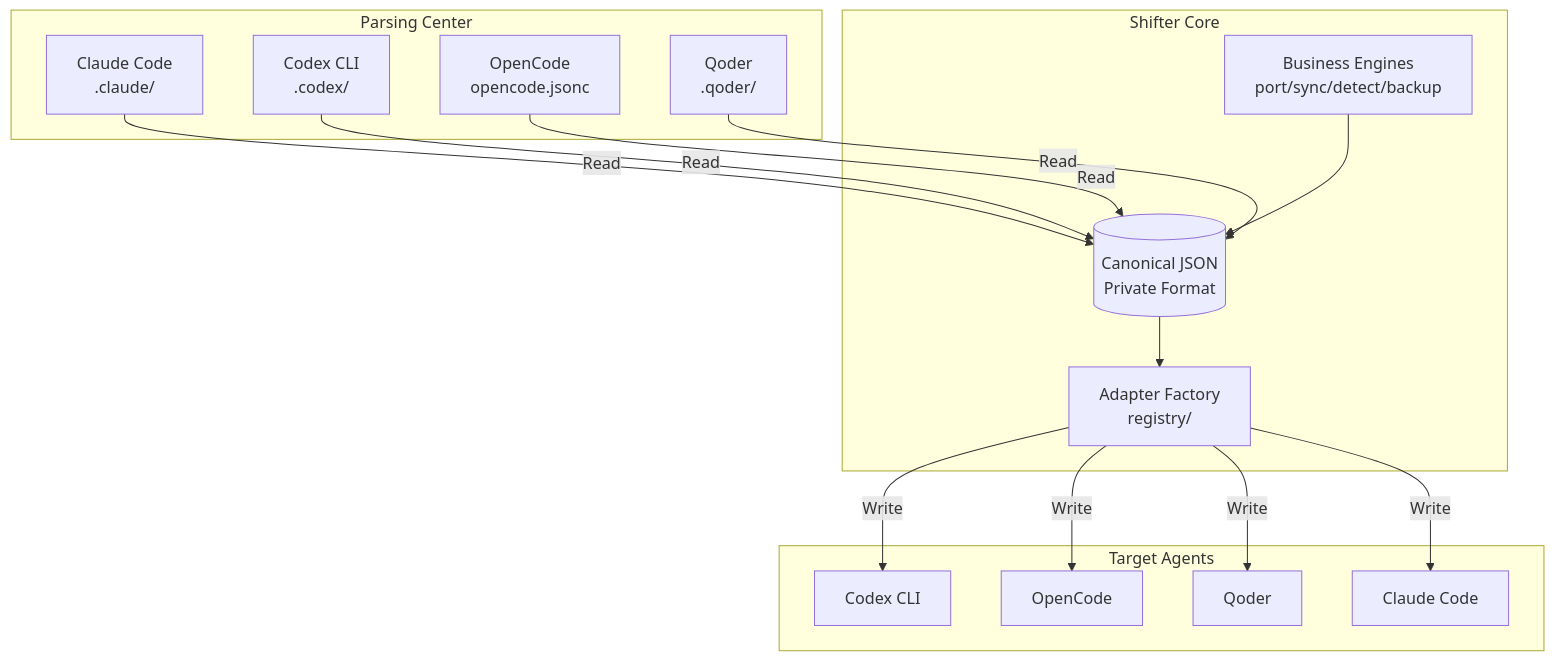
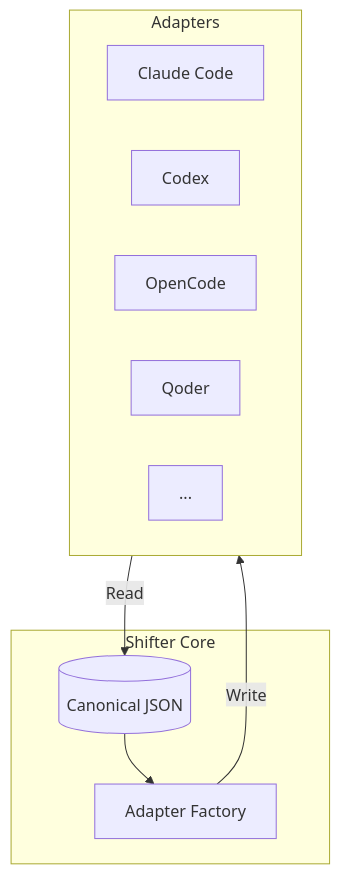
One commit to Moximxxx/shifter changed the second of 2 diagrams in README.md. Above: the diagram before and after it, drawn with Mermaid. The commit also changed other lines of this file and 1 other file, not shown here.

Commit message:
docs: simplify Mermaid diagrams — minimal and clean
- What It Does: Source Agent → Canonical JSON → Target Agent
- Architecture: Adapters ⇄ Canonical JSON (bidirectional)
- Removed excessive nodes, kept only the core concept

````diff
--- a/README.md
+++ b/README.md
@@ -102,33 +96,17 @@
 ```mermaid
 flowchart TB
-    subgraph Parsing[Parsing Center]
-        CC[Claude Code<br>.claude/]
-        CX[Codex CLI<br>.codex/]
-        OC[OpenCode<br>opencode.jsonc]
-        QD[Qoder<br>.qoder/]
+    subgraph Adapters[Adapters]
+        A1[Claude Code]
+        A2[Codex]
+        A3[OpenCode]
+        A4[Qoder]
+        A5[...]
     end
-
     subgraph Core[Shifter Core]
-        CAN[(Canonical JSON<br>Private Format)]
-        REG[Adapter Factory<br>registry/]
-        ENG[Business Engines<br>port/sync/detect/backup]
+        Fmt[(Canonical JSON)]
+        Reg[Adapter Factory]
     end
-
-    subgraph Target[Target Agents]
-        TCX[Codex CLI]
-        TOC[OpenCode]
-        TQD[Qoder]
-        TCC[Claude Code]
-    end
-
-    CC -->|Read| CAN
-    CX -->|Read| CAN
-    OC -->|Read| CAN
-    QD -->|Read| CAN
-    CAN --> REG
-    REG -->|Write| TCX
-    REG -->|Write| TOC
-    REG -->|Write| TQD
-    REG -->|Write| TCC
-    ENG --> CAN
+    Adapters -->|Read| Fmt
+    Fmt --> Reg
+    Reg -->|Write| Adapters
 ```
````
